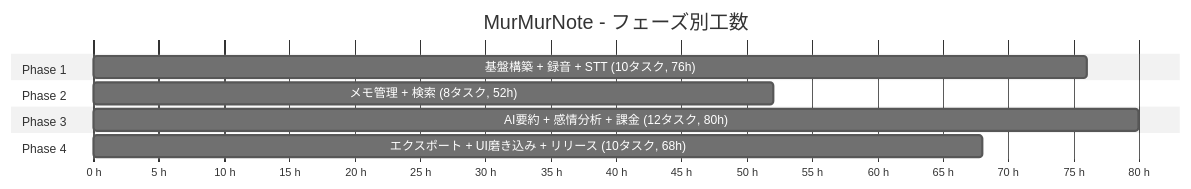
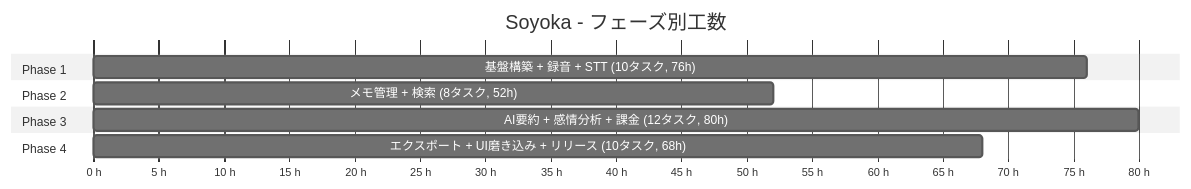
One commit to yoskmr/VoiceMemo changed the first of 9 diagrams in docs/tasks/ai-voice-memo/overview.md. Above: the diagram before and after it, drawn with Mermaid (neutral theme). The commit also changed other lines of this file and 219 other files, not shown here.

First line of the commit message:
refactor(rename): MurMurNote → Soyoka プロジェクト全体リネーム

````diff
--- a/docs/tasks/ai-voice-memo/overview.md
+++ b/docs/tasks/ai-voice-memo/overview.md
@@ -44,18 +44,18 @@
 ```mermaid
 gantt
-    title MurMurNote - フェーズ別工数
+    title Soyoka - フェーズ別工数
     dateFormat X
     axisFormat %s h
 
     section Phase 1
     基盤構築 + 録音 + STT (10タスク, 76h) : 0, 76
 
     section Phase 2
     メモ管理 + 検索 (8タスク, 52h) : 0, 52
 
     section Phase 3
     AI要約 + 感情分析 + 課金 (12タスク, 80h) : 0, 80
 
     section Phase 4
     エクスポート + UI磨き込み + リリース (10タスク, 68h) : 0, 68
 ```
````
